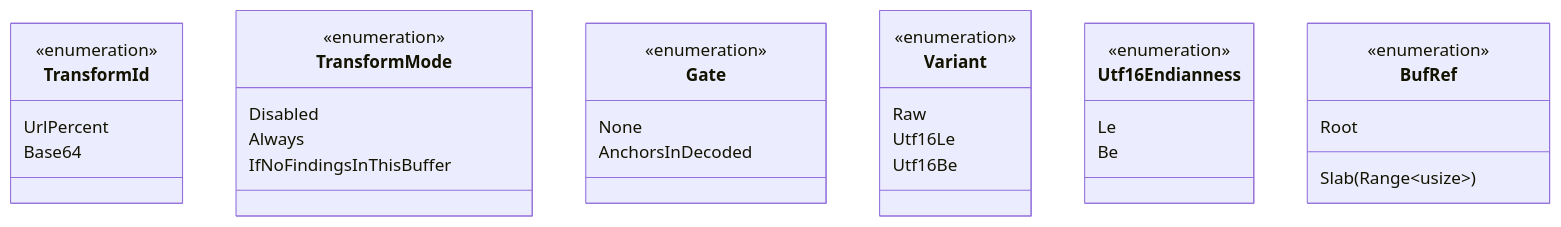
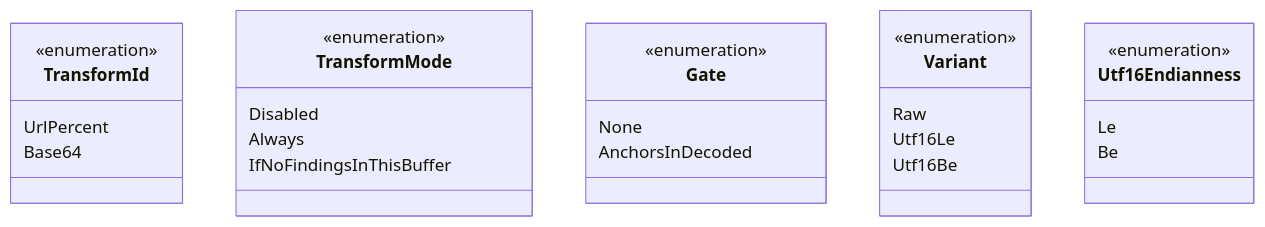
The fourth of 4 diagrams in docs/data-types.md (ahrav/scratch-scanner-rs), drawn with Mermaid before and after one commit. The commit also changed other lines of this file and 9 other files, not shown here.

````diff
--- a/docs/data-types.md
+++ b/docs/data-types.md
@@ -318,40 +338,34 @@
 ```mermaid
 classDiagram
     class TransformId {
         <<enumeration>>
         UrlPercent
         Base64
     }
 
     class TransformMode {
         <<enumeration>>
         Disabled
         Always
         IfNoFindingsInThisBuffer
     }
 
     class Gate {
         <<enumeration>>
         None
         AnchorsInDecoded
     }
 
     class Variant {
         <<enumeration>>
         Raw
         Utf16Le
         Utf16Be
     }
 
     class Utf16Endianness {
         <<enumeration>>
         Le
         Be
     }
-
-    class BufRef {
-        <<enumeration>>
-        Root
-        Slab(Range~usize~)
-    }
 ```
````
